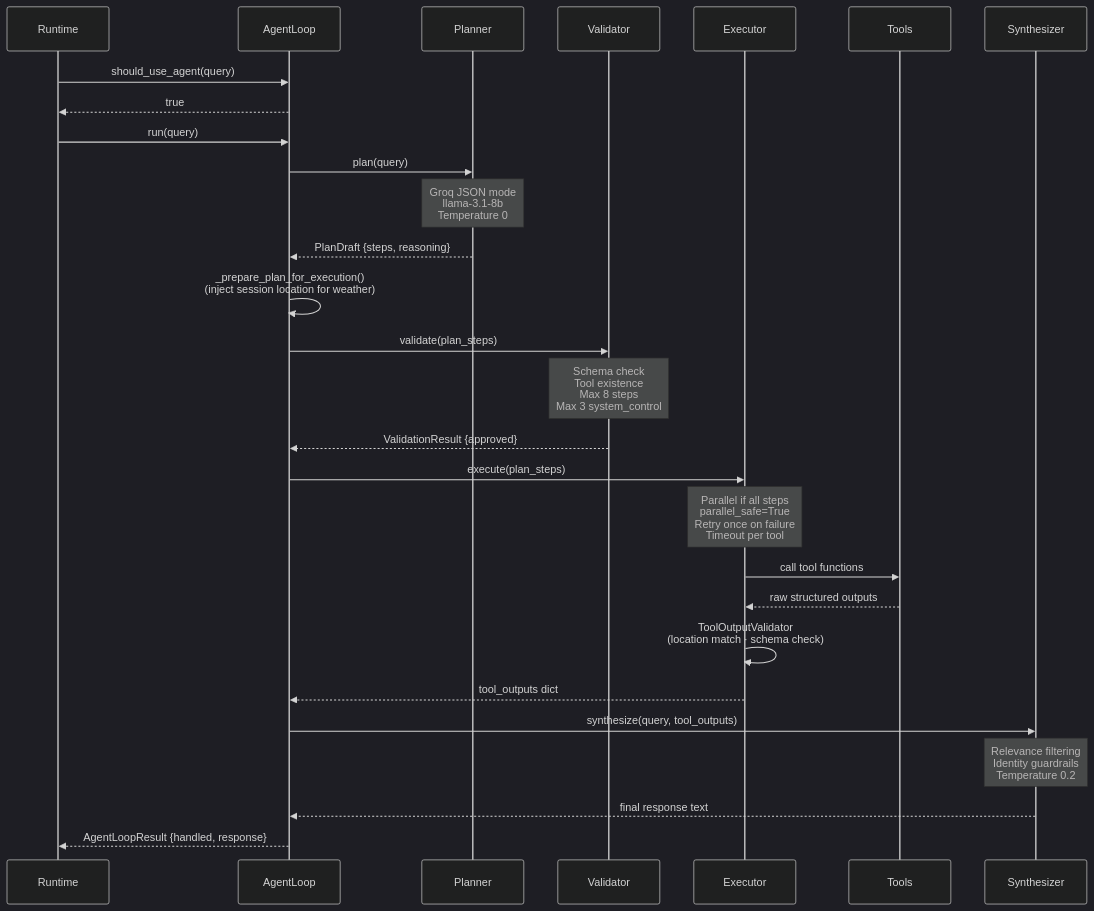
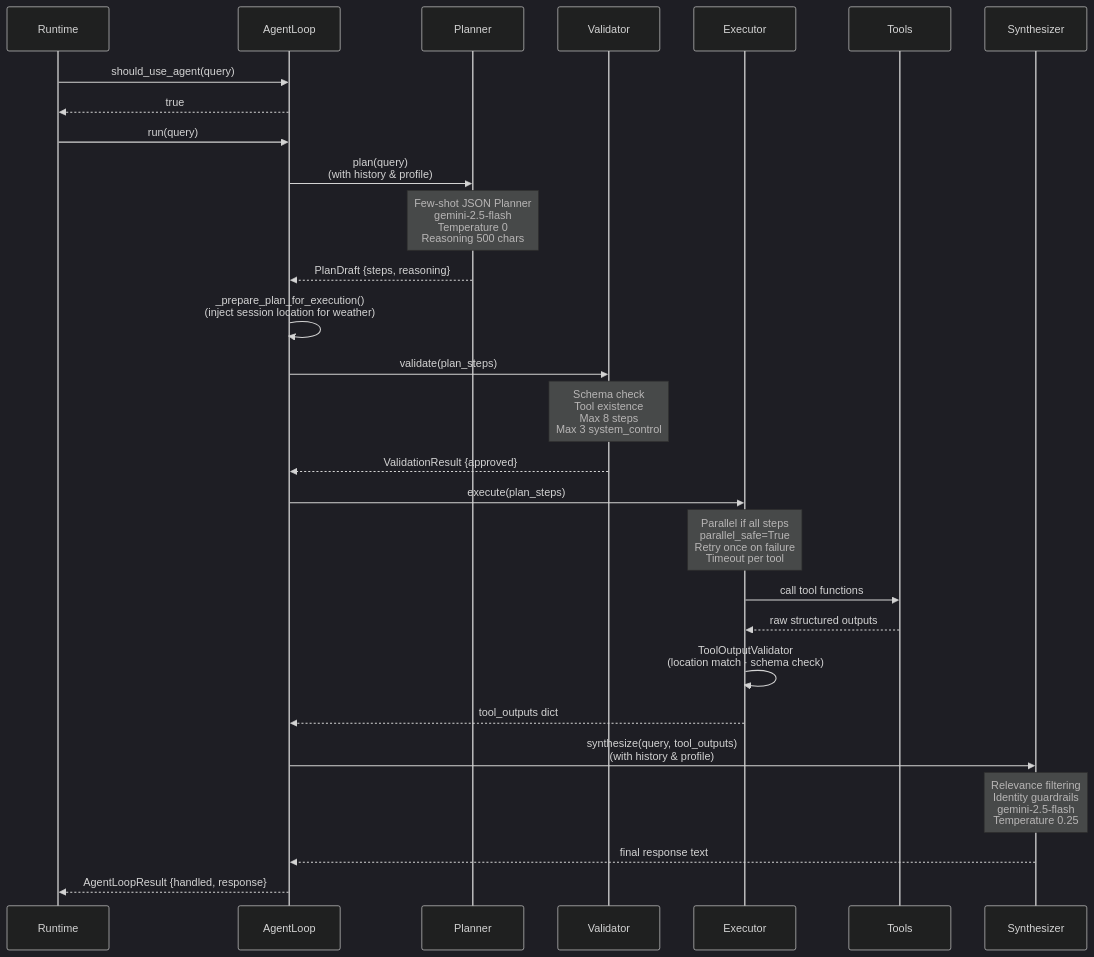
Before and after one commit to deepakrakshit/jarvis: the second of 8 diagrams in docs/ARCHITECTURE.md, drawn with Mermaid (dark theme). The commit also changed other lines of this file and 11 other files, not shown here.

````diff
--- a/docs/ARCHITECTURE.md
+++ b/docs/ARCHITECTURE.md
@@ -59,38 +59,38 @@
 ```mermaid
 sequenceDiagram
     participant R as Runtime
     participant AL as AgentLoop
     participant PL as Planner
     participant VA as Validator
     participant EX as Executor
     participant T as Tools
     participant SY as Synthesizer
 
     R->>AL: should_use_agent(query)
     AL-->>R: true
 
     R->>AL: run(query)
-    AL->>PL: plan(query)
-    Note over PL: Groq JSON mode<br/>llama-3.1-8b<br/>Temperature 0
+    AL->>PL: plan(query)<br/>(with history & profile)
+    Note over PL: Few-shot JSON Planner<br/>gemini-2.5-flash<br/>Temperature 0<br/>Reasoning 500 chars
 
     PL-->>AL: PlanDraft {steps, reasoning}
     AL->>AL: _prepare_plan_for_execution()<br/>(inject session location for weather)
 
     AL->>VA: validate(plan_steps)
     Note over VA: Schema check<br/>Tool existence<br/>Max 8 steps<br/>Max 3 system_control
     VA-->>AL: ValidationResult {approved}
 
     AL->>EX: execute(plan_steps)
     Note over EX: Parallel if all steps<br/>parallel_safe=True<br/>Retry once on failure<br/>Timeout per tool
 
     EX->>T: call tool functions
     T-->>EX: raw structured outputs
     EX->>EX: ToolOutputValidator<br/>(location match · schema check)
     EX-->>AL: tool_outputs dict
 
-    AL->>SY: synthesize(query, tool_outputs)
-    Note over SY: Relevance filtering<br/>Identity guardrails<br/>Temperature 0.2
+    AL->>SY: synthesize(query, tool_outputs)<br/>(with history & profile)
+    Note over SY: Relevance filtering<br/>Identity guardrails<br/>gemini-2.5-flash<br/>Temperature 0.25
     SY-->>AL: final response text
 
     AL-->>R: AgentLoopResult {handled, response}
 ```
````
